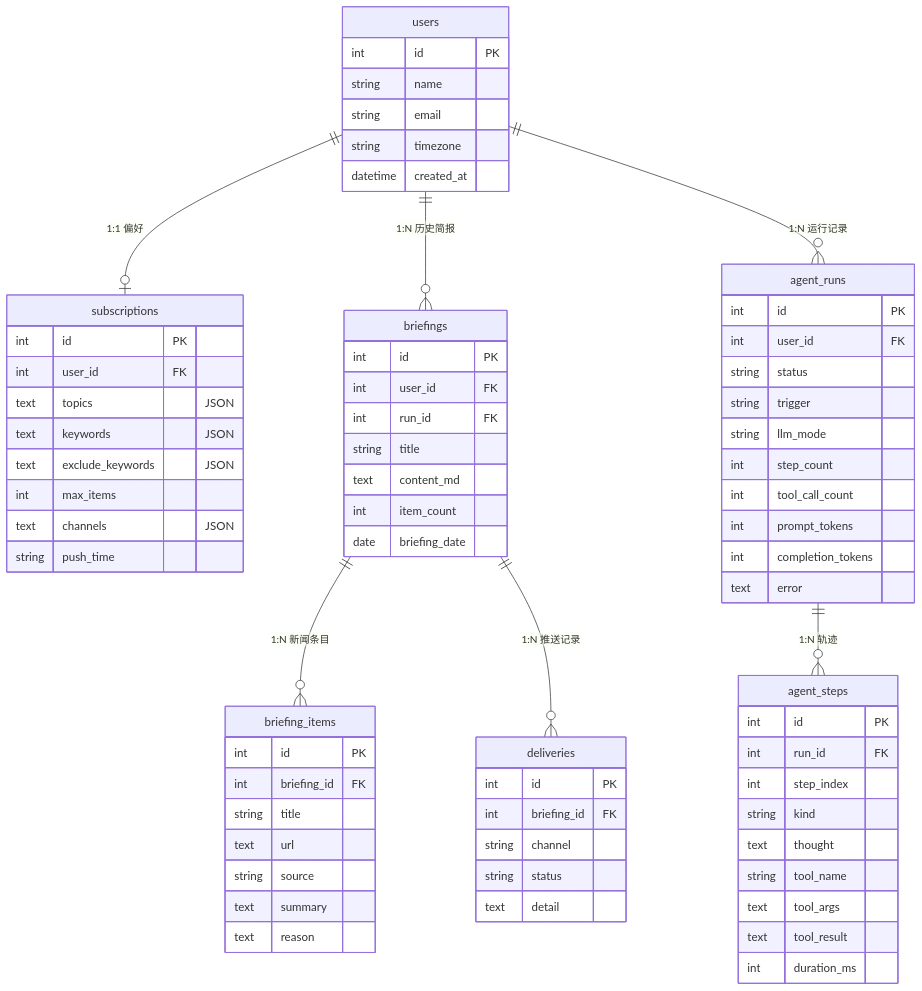
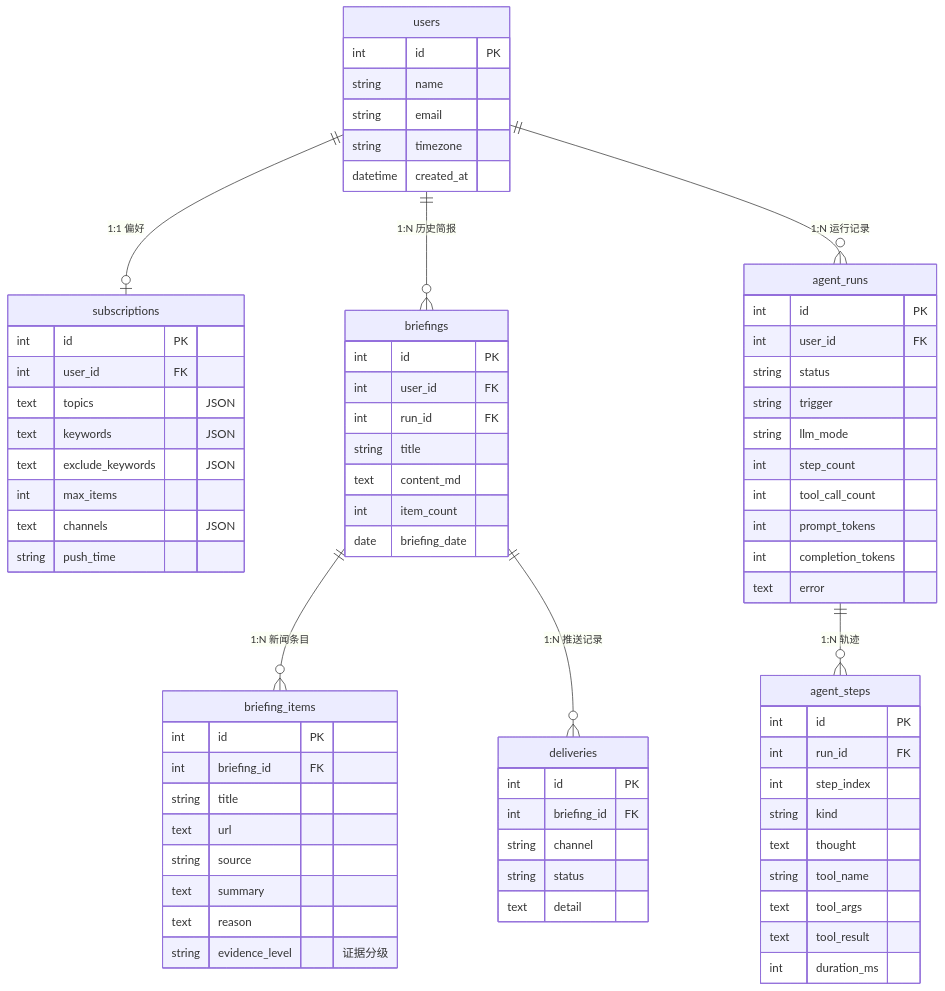
One commit to Ethon369/news-agent changed the fifth of 5 diagrams in docs/ARCHITECTURE.md. Above: the diagram before and after it, drawn with Mermaid. The commit also changed other lines of this file and 3 other files, not shown here.

````diff
--- a/docs/ARCHITECTURE.md
+++ b/docs/ARCHITECTURE.md
@@ -176,75 +176,76 @@
 ```mermaid
 erDiagram
     users ||--o| subscriptions : "1:1 偏好"
     users ||--o{ briefings : "1:N 历史简报"
     users ||--o{ agent_runs : "1:N 运行记录"
     agent_runs ||--o{ agent_steps : "1:N 轨迹"
     briefings ||--o{ briefing_items : "1:N 新闻条目"
     briefings ||--o{ deliveries : "1:N 推送记录"
 
     users {
         int id PK
         string name
         string email
         string timezone
         datetime created_at
     }
     subscriptions {
         int id PK
         int user_id FK
         text topics "JSON"
         text keywords "JSON"
         text exclude_keywords "JSON"
         int max_items
         text channels "JSON"
         string push_time
     }
     agent_runs {
         int id PK
         int user_id FK
         string status
         string trigger
         string llm_mode
         int step_count
         int tool_call_count
         int prompt_tokens
         int completion_tokens
         text error
     }
     agent_steps {
         int id PK
         int run_id FK
         int step_index
         string kind
         text thought
         string tool_name
         text tool_args
         text tool_result
         int duration_ms
     }
     briefings {
         int id PK
         int user_id FK
         int run_id FK
         string title
         text content_md
         int item_count
         date briefing_date
     }
     briefing_items {
         int id PK
         int briefing_id FK
         string title
         text url
         string source
         text summary
         text reason
+        string evidence_level "证据分级"
     }
     deliveries {
         int id PK
         int briefing_id FK
         string channel
         string status
         text detail
     }
 ```
````
